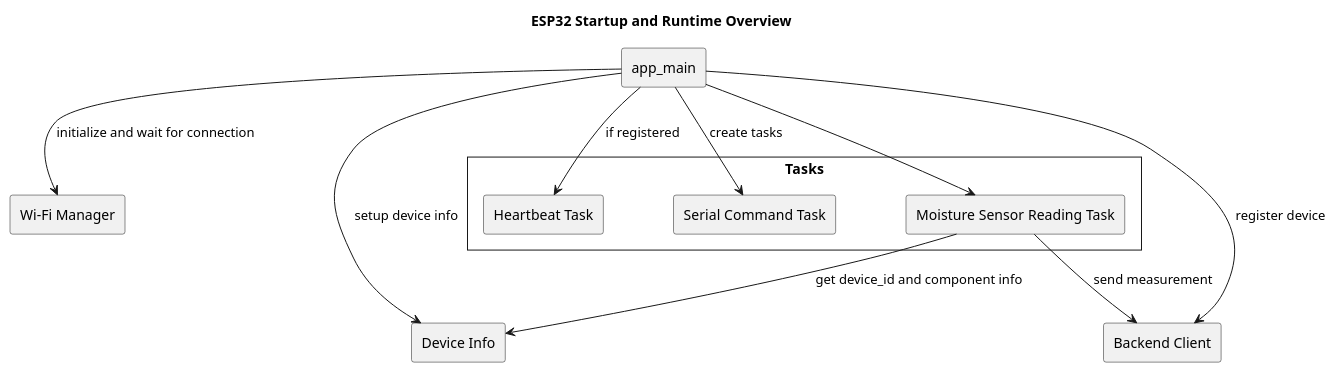
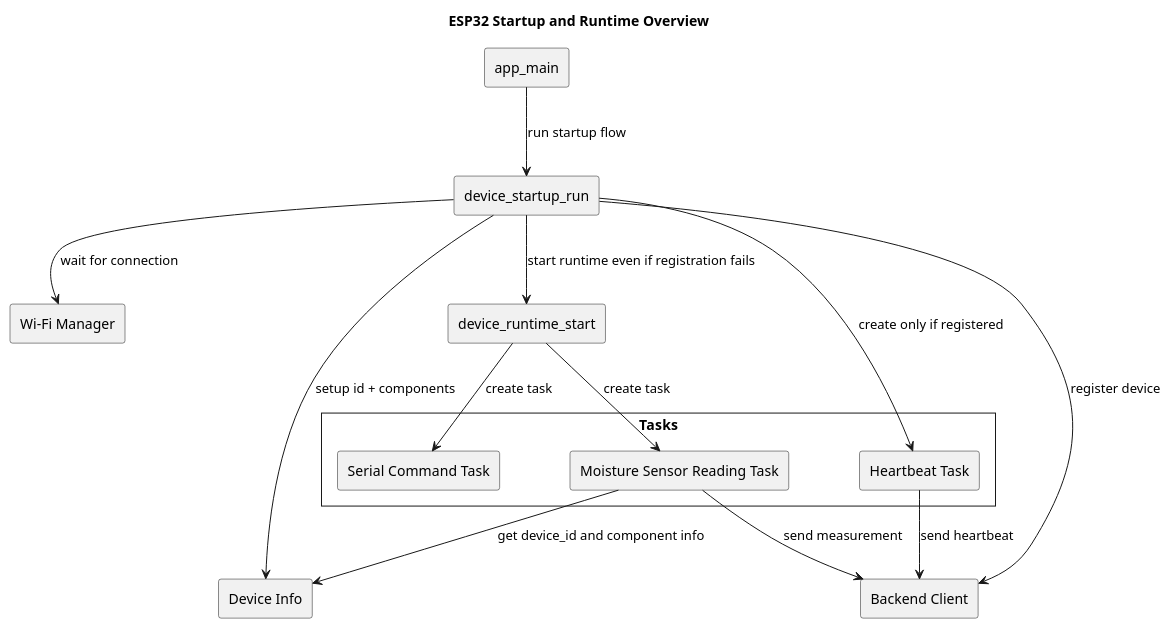
One commit to bobskefeurat/iot-device-platform changed the diagram in docs/diagrams/device/esp32_startup_and_runtime_overview.puml. Above: the diagram before and after it, drawn with PlantUML. The commit also changed 8 other files, not shown here.

Commit message:
docs: update README and architecture diagrams

```diff
--- a/docs/diagrams/device/esp32_startup_and_runtime_overview.puml
+++ b/docs/diagrams/device/esp32_startup_and_runtime_overview.puml
@@ -1,29 +1,34 @@
 @startuml esp32_startup_and_task_overview
 skinparam style strictuml
 skinparam ArrowFontSize 13
 skinparam nodesep 70
 skinparam ranksep 70
 title "ESP32 Startup and Runtime Overview"
 top to bottom direction
 
 rectangle "app_main" as app_main
+rectangle "device_startup_run" as startup
 rectangle "Wi-Fi Manager" as wifi
 rectangle "Device Info" as device_info
 rectangle "Backend Client" as backend_client
 rectangle "Tasks" {
   rectangle "Serial Command Task" as serial_task
   rectangle "Moisture Sensor Reading Task" as moisture_task
   rectangle "Heartbeat Task" as heartbeat_task
 }
+rectangle "device_runtime_start" as runtime_start
 
-app_main --> wifi : initialize and wait for connection
-app_main --> device_info : setup device info
-app_main --> backend_client : register device
-app_main --> serial_task : create tasks
-app_main --> moisture_task
-app_main --> heartbeat_task : if registered
+app_main --> startup : run startup flow
+startup --> wifi : wait for connection
+startup --> device_info : setup id + components
+startup --> backend_client : register device
+startup --> runtime_start : start runtime even if registration fails
+runtime_start --> serial_task : create task
+runtime_start --> moisture_task : create task
+startup --> heartbeat_task : create only if registered
 
 moisture_task --> device_info : get device_id and component info
 moisture_task --> backend_client : send measurement
+heartbeat_task --> backend_client : send heartbeat
 
 @enduml
```
